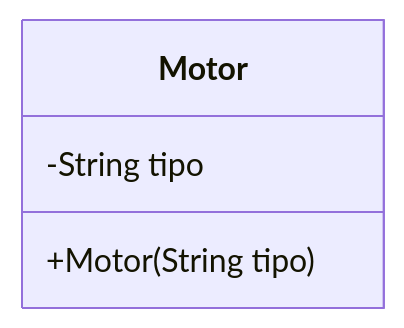
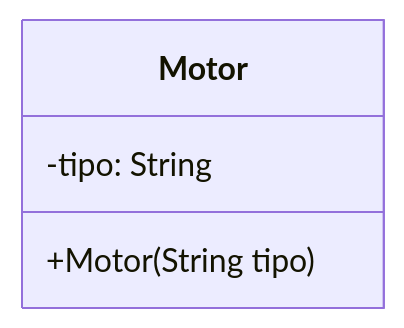
Before and after one commit to filipefernandesphd/DOO: the tenth of 13 diagrams in 2026.2/aula-09/slides/slides.md, drawn with Mermaid. The commit also changed other lines of this file, not shown here.

Commit message:
fix: Update class attribute syntax for consistency in UML diagrams

````diff
--- a/2026.2/aula-09/slides/slides.md
+++ b/2026.2/aula-09/slides/slides.md
@@ -270,7 +270,7 @@
 ```mermaid
 classDiagram
   class Motor {
-    -String tipo
+    -tipo: String
     +Motor(String tipo)
   }
 ```
````
